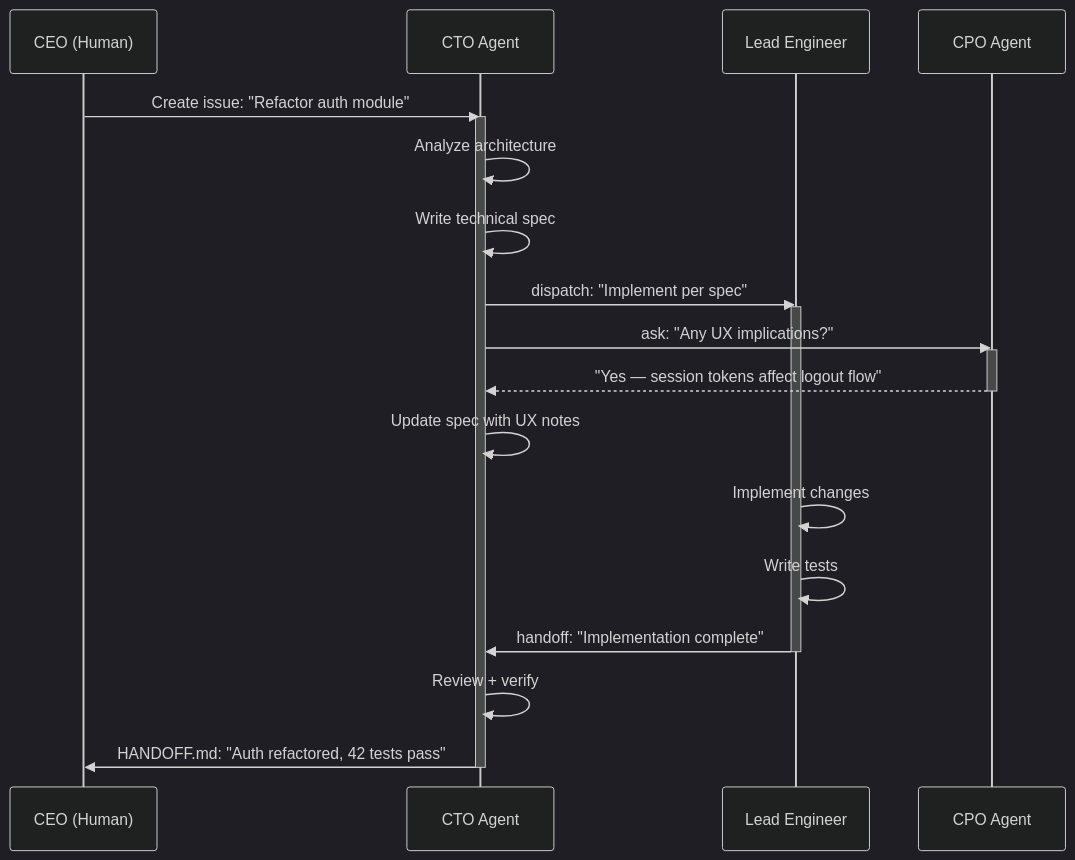
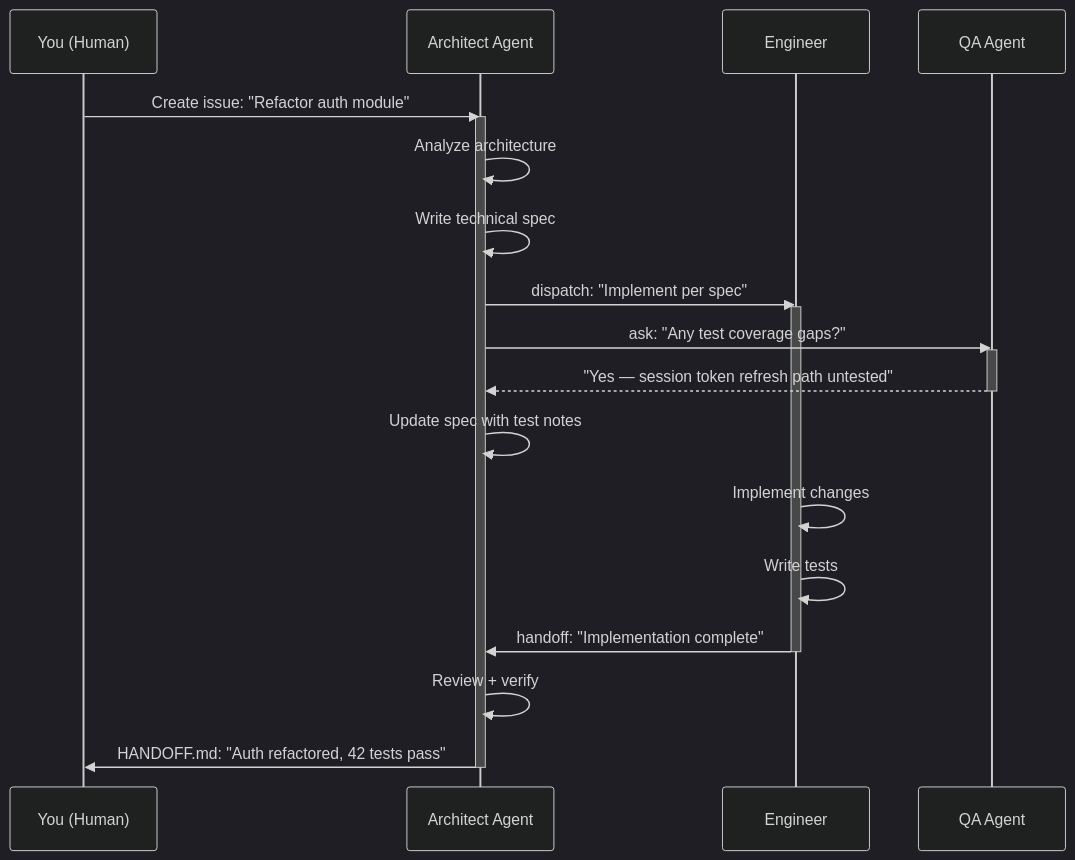
The fourth of 5 diagrams in docs/architecture.md (zzhiyuann/agentos), drawn with Mermaid (dark theme) before and after one commit. The commit also changed other lines of this file and 8 other files, not shown here.

````diff
--- a/docs/architecture.md
+++ b/docs/architecture.md
@@ -163,26 +163,26 @@
 ```mermaid
 sequenceDiagram
-    participant CEO as CEO (Human)
-    participant CTO as CTO Agent
-    participant LE as Lead Engineer
-    participant CPO as CPO Agent
+    participant You as You (Human)
+    participant Arch as Architect Agent
+    participant Eng as Engineer
+    participant QA as QA Agent
 
-    CEO->>CTO: Create issue: "Refactor auth module"
-    activate CTO
-    CTO->>CTO: Analyze architecture
-    CTO->>CTO: Write technical spec
-    CTO->>LE: dispatch: "Implement per spec"
-    activate LE
-    CTO->>CPO: ask: "Any UX implications?"
-    activate CPO
-    CPO-->>CTO: "Yes — session tokens affect logout flow"
-    deactivate CPO
-    CTO->>CTO: Update spec with UX notes
-    LE->>LE: Implement changes
-    LE->>LE: Write tests
-    LE->>CTO: handoff: "Implementation complete"
-    deactivate LE
-    CTO->>CTO: Review + verify
-    CTO->>CEO: HANDOFF.md: "Auth refactored, 42 tests pass"
-    deactivate CTO
+    You->>Arch: Create issue: "Refactor auth module"
+    activate Arch
+    Arch->>Arch: Analyze architecture
+    Arch->>Arch: Write technical spec
+    Arch->>Eng: dispatch: "Implement per spec"
+    activate Eng
+    Arch->>QA: ask: "Any test coverage gaps?"
+    activate QA
+    QA-->>Arch: "Yes — session token refresh path untested"
+    deactivate QA
+    Arch->>Arch: Update spec with test notes
+    Eng->>Eng: Implement changes
+    Eng->>Eng: Write tests
+    Eng->>Arch: handoff: "Implementation complete"
+    deactivate Eng
+    Arch->>Arch: Review + verify
+    Arch->>You: HANDOFF.md: "Auth refactored, 42 tests pass"
+    deactivate Arch
 ```
````
